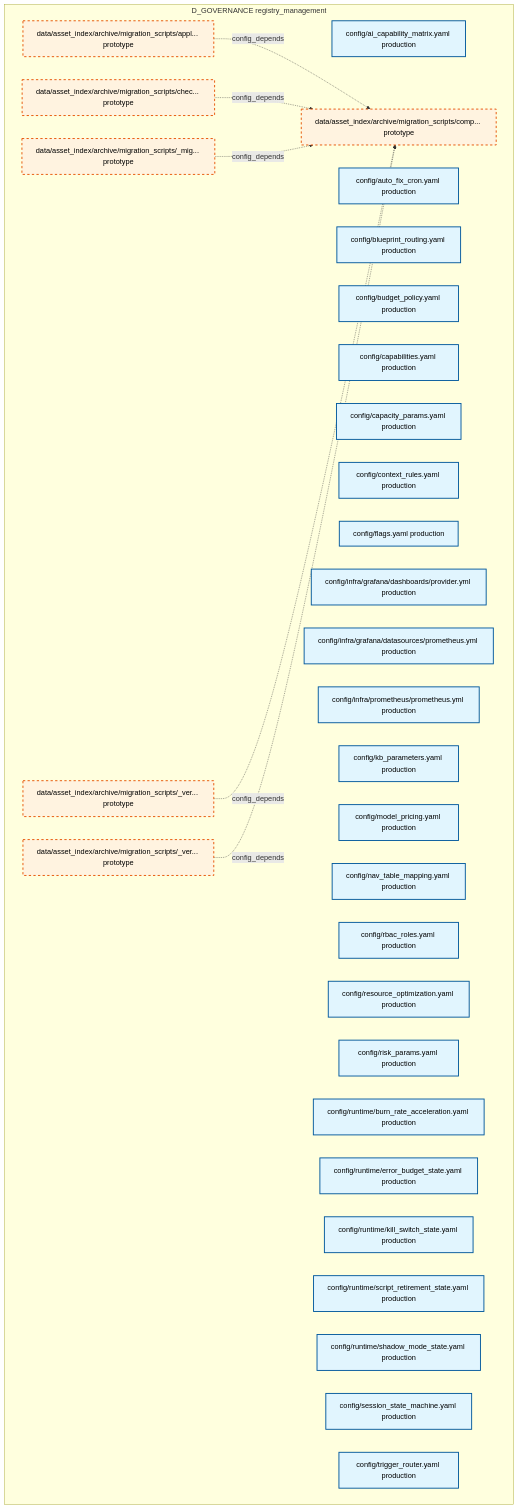
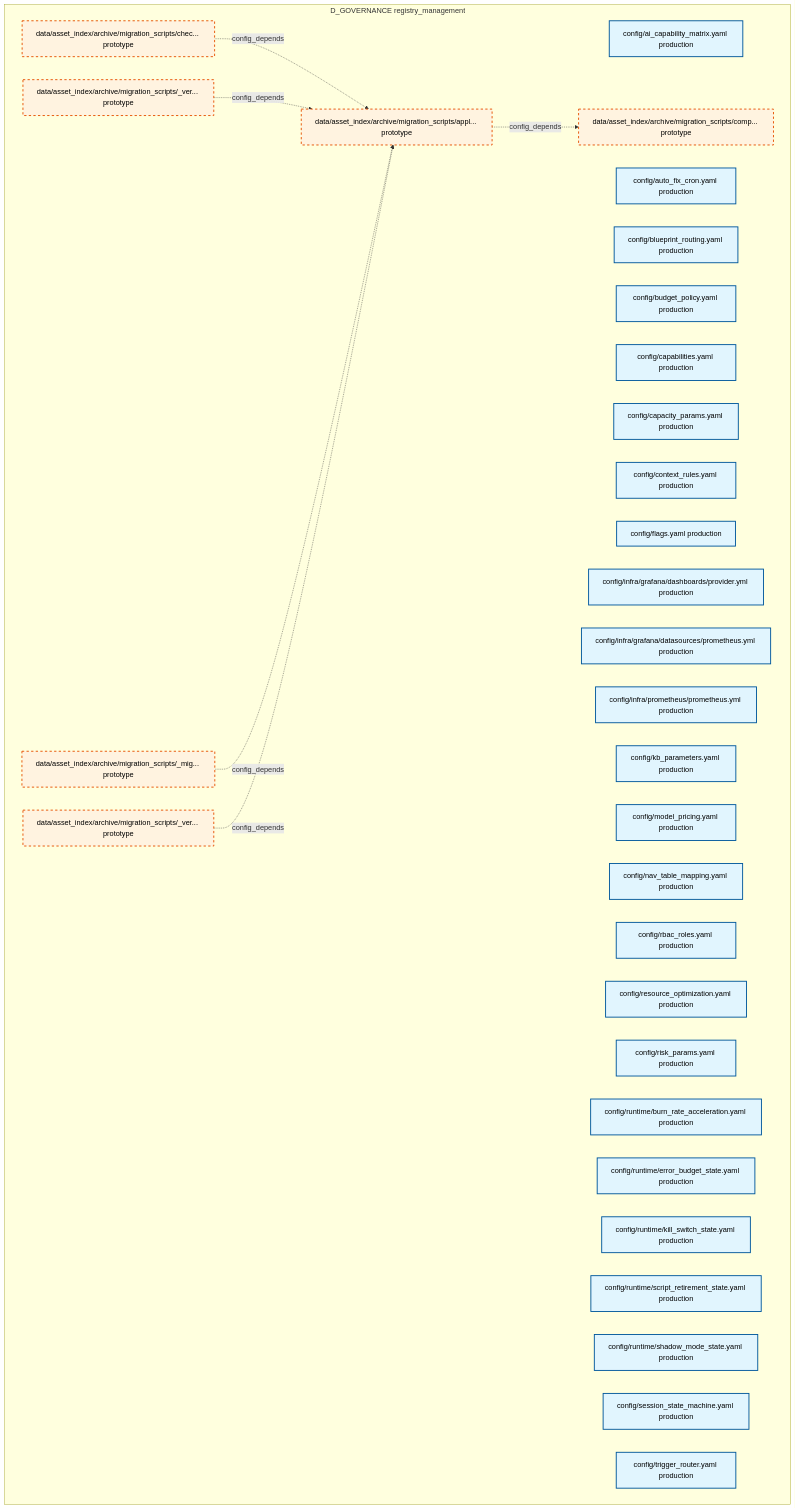
Before and after one commit to xuanFelixVan/ZephyrAlpha: the first of 28 diagrams in docs/02_enterprise_architecture/02_domain_architecture_docs/31_d_governance.md, drawn with Mermaid. The commit also changed other lines of this file and 99 other files, not shown here.

````diff
--- a/docs/02_enterprise_architecture/02_domain_architecture_docs/31_d_governance.md
+++ b/docs/02_enterprise_architecture/02_domain_architecture_docs/31_d_governance.md
@@ -49,46 +49,46 @@
 ```mermaid
 graph TD
     subgraph D_GOVERNANCE["D_GOVERNANCE registry_management"]
         config_ai_capability_matrix_yaml["config/ai_capability_matrix.yaml production"]
         config_auto_fix_cron_yaml["config/auto_fix_cron.yaml production"]
         config_blueprint_routing_yaml["config/blueprint_routing.yaml production"]
         config_budget_policy_yaml["config/budget_policy.yaml production"]
         config_capabilities_yaml["config/capabilities.yaml production"]
         config_capacity_params_yaml["config/capacity_params.yaml production"]
         config_context_rules_yaml["config/context_rules.yaml production"]
         config_flags_yaml["config/flags.yaml production"]
         config_infra_grafana_dashboards_provider_yml["config/infra/grafana/dashboards/provider.yml production"]
         config_infra_grafana_datasources_prometheus_yml["config/infra/grafana/datasources/prometheus.yml production"]
         config_infra_prometheus_prometheus_yml["config/infra/prometheus/prometheus.yml production"]
         config_kb_parameters_yaml["config/kb_parameters.yaml production"]
         config_model_pricing_yaml["config/model_pricing.yaml production"]
         config_nav_table_mapping_yaml["config/nav_table_mapping.yaml production"]
         config_rbac_roles_yaml["config/rbac_roles.yaml production"]
         config_resource_optimization_yaml["config/resource_optimization.yaml production"]
         config_risk_params_yaml["config/risk_params.yaml production"]
         config_runtime_burn_rate_acceleration_yaml["config/runtime/burn_rate_acceleration.yaml production"]
         config_runtime_error_budget_state_yaml["config/runtime/error_budget_state.yaml production"]
         config_runtime_kill_switch_state_yaml["config/runtime/kill_switch_state.yaml production"]
         config_runtime_script_retirement_state_yaml["config/runtime/script_retirement_state.yaml production"]
         config_runtime_shadow_mode_state_yaml["config/runtime/shadow_mode_state.yaml production"]
         config_session_state_machine_yaml["config/session_state_machine.yaml production"]
         config_trigger_router_yaml["config/trigger_router.yaml production"]
         data_asset_index_archive_migration_scripts_migration_shared_py["data/asset_index/archive/migration_scripts/_mig... prototype"]
         data_asset_index_archive_migration_scripts_verify_manifest_py["data/asset_index/archive/migration_scripts/_ver... prototype"]
         data_asset_index_archive_migration_scripts_verify_step4_py["data/asset_index/archive/migration_scripts/_ver... prototype"]
         data_asset_index_archive_migration_scripts_apply_rulings_py["data/asset_index/archive/migration_scripts/appl... prototype"]
         data_asset_index_archive_migration_scripts_check_coverage_py["data/asset_index/archive/migration_scripts/chec... prototype"]
         data_asset_index_archive_migration_scripts_comprehensive_import_fix_py["data/asset_index/archive/migration_scripts/comp... prototype"]
     end
     data_asset_index_archive_migration_scripts_apply_rulings_py -.->|config_depends| data_asset_index_archive_migration_scripts_comprehensive_import_fix_py
-    data_asset_index_archive_migration_scripts_check_coverage_py -.->|config_depends| data_asset_index_archive_migration_scripts_comprehensive_import_fix_py
-    data_asset_index_archive_migration_scripts_migration_shared_py -.->|config_depends| data_asset_index_archive_migration_scripts_comprehensive_import_fix_py
-    data_asset_index_archive_migration_scripts_verify_manifest_py -.->|config_depends| data_asset_index_archive_migration_scripts_comprehensive_import_fix_py
-    data_asset_index_archive_migration_scripts_verify_step4_py -.->|config_depends| data_asset_index_archive_migration_scripts_comprehensive_import_fix_py
+    data_asset_index_archive_migration_scripts_check_coverage_py -.->|config_depends| data_asset_index_archive_migration_scripts_apply_rulings_py
+    data_asset_index_archive_migration_scripts_verify_manifest_py -.->|config_depends| data_asset_index_archive_migration_scripts_apply_rulings_py
+    data_asset_index_archive_migration_scripts_migration_shared_py -.->|config_depends| data_asset_index_archive_migration_scripts_apply_rulings_py
+    data_asset_index_archive_migration_scripts_verify_step4_py -.->|config_depends| data_asset_index_archive_migration_scripts_apply_rulings_py
     classDef production fill:#e1f5fe,stroke:#01579b,stroke-width:2px,color:#000
     classDef design fill:#fff3e0,stroke:#e65100,stroke-width:2px,color:#000,stroke-dasharray: 5 5
     classDef external_prod fill:#e8f5e9,stroke:#1b5e20,stroke-width:1px,color:#000
     classDef external_design fill:#fce4ec,stroke:#880e4f,stroke-width:1px,color:#000,stroke-dasharray: 5 5
     class config_ai_capability_matrix_yaml,config_auto_fix_cron_yaml,config_blueprint_routing_yaml,config_budget_policy_yaml,config_capabilities_yaml,config_capacity_params_yaml,config_context_rules_yaml,config_flags_yaml,config_infra_grafana_dashboards_provider_yml,config_infra_grafana_datasources_prometheus_yml,config_infra_prometheus_prometheus_yml,config_kb_parameters_yaml,config_model_pricing_yaml,config_nav_table_mapping_yaml,config_rbac_roles_yaml,config_resource_optimization_yaml,config_risk_params_yaml,config_runtime_burn_rate_acceleration_yaml,config_runtime_error_budget_state_yaml,config_runtime_kill_switch_state_yaml,config_runtime_script_retirement_state_yaml,config_runtime_shadow_mode_state_yaml,config_session_state_machine_yaml,config_trigger_router_yaml production
     class data_asset_index_archive_migration_scripts_migration_shared_py,data_asset_index_archive_migration_scripts_verify_manifest_py,data_asset_index_archive_migration_scripts_verify_step4_py,data_asset_index_archive_migration_scripts_apply_rulings_py,data_asset_index_archive_migration_scripts_check_coverage_py,data_asset_index_archive_migration_scripts_comprehensive_import_fix_py design
 ```
````
